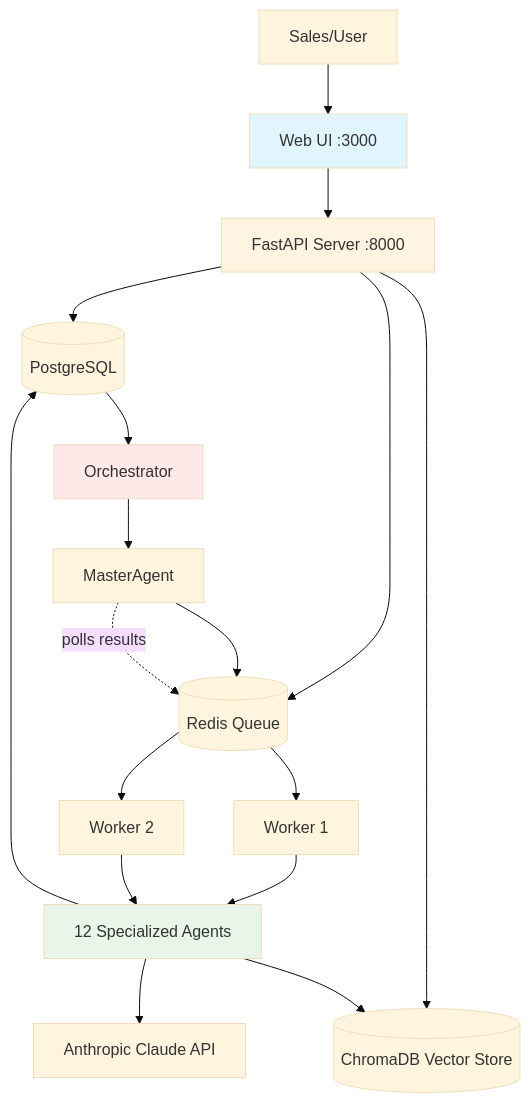
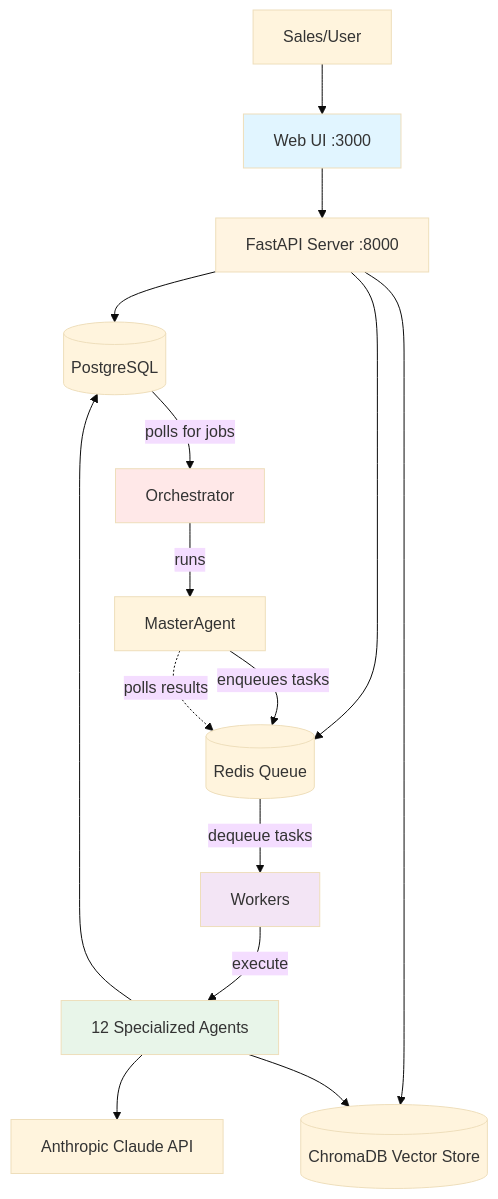
One commit to tefj-fun/agent_bus changed the first of 3 diagrams in README.md. Above: the diagram before and after it, drawn with Mermaid (base theme).

Commit message:
docs: Simplify architecture diagram with clearer labels
- Combine Worker 1/2 into single "Workers" box (they're identical instances)
- Add edge labels explaining data flow (polls, enqueues, dequeue, execute)
- Makes the diagram easier to understand at a glance

https://claude.ai/code/session_01XdjEkvRuAbyekvRFJ1M9xj

````diff
--- a/README.md
+++ b/README.md
@@ -86,30 +86,28 @@
 ```mermaid
 graph TB
     User[Sales/User] --> WebUI[Web UI :3000]
     WebUI --> API[FastAPI Server :8000]
 
     API --> Postgres[(PostgreSQL)]
     API --> Redis[(Redis Queue)]
     API --> ChromaDB[(ChromaDB Vector Store)]
 
-    Postgres --> Orchestrator[Orchestrator]
-    Orchestrator --> MasterAgent[MasterAgent]
-    MasterAgent --> Redis
+    Postgres -->|polls for jobs| Orchestrator[Orchestrator]
+    Orchestrator -->|runs| MasterAgent[MasterAgent]
+    MasterAgent -->|enqueues tasks| Redis
 
-    Redis --> Worker1[Worker 1]
-    Redis --> Worker2[Worker 2]
-
-    Worker1 --> Agents[12 Specialized Agents]
-    Worker2 --> Agents
+    Redis -->|dequeue tasks| Workers[Workers]
+    Workers -->|execute| Agents[12 Specialized Agents]
 
     Agents --> LLM[Anthropic Claude API]
     Agents --> Postgres
     Agents --> ChromaDB
 
     MasterAgent -.->|polls results| Redis
 
     style WebUI fill:#e1f5ff
     style API fill:#fff4e1
     style Agents fill:#e8f5e9
     style Orchestrator fill:#ffe8e8
+    style Workers fill:#f3e5f5
 ```
````
